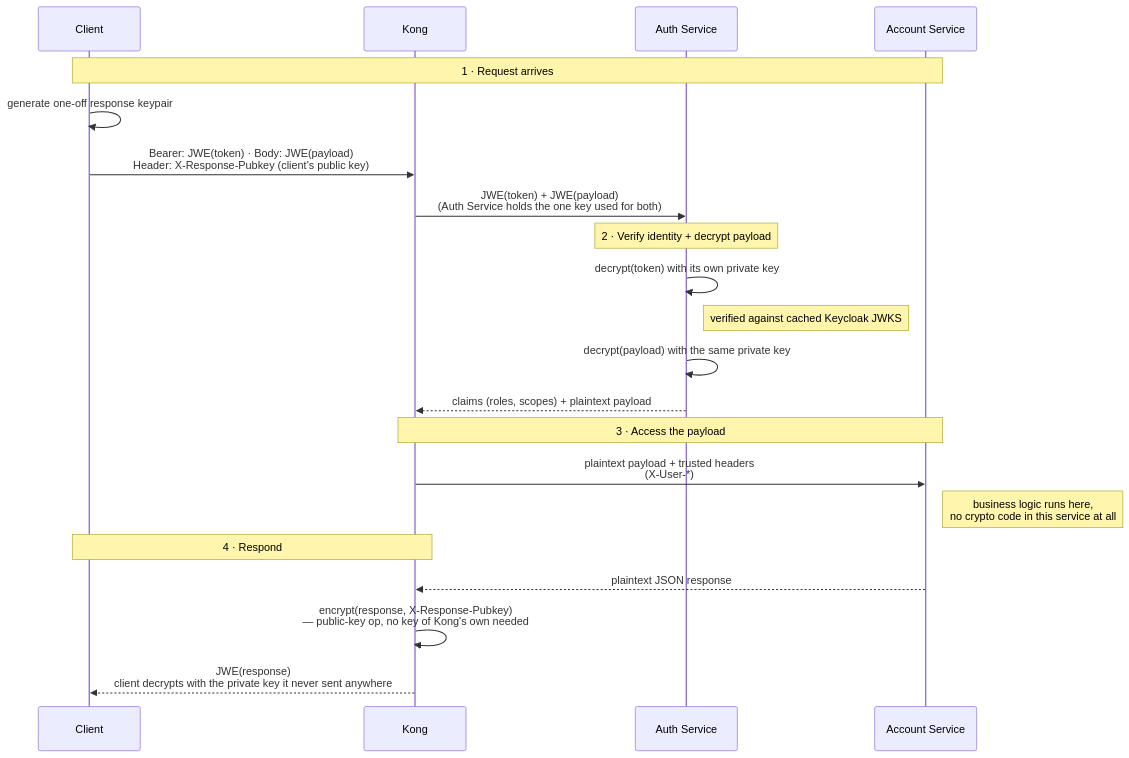
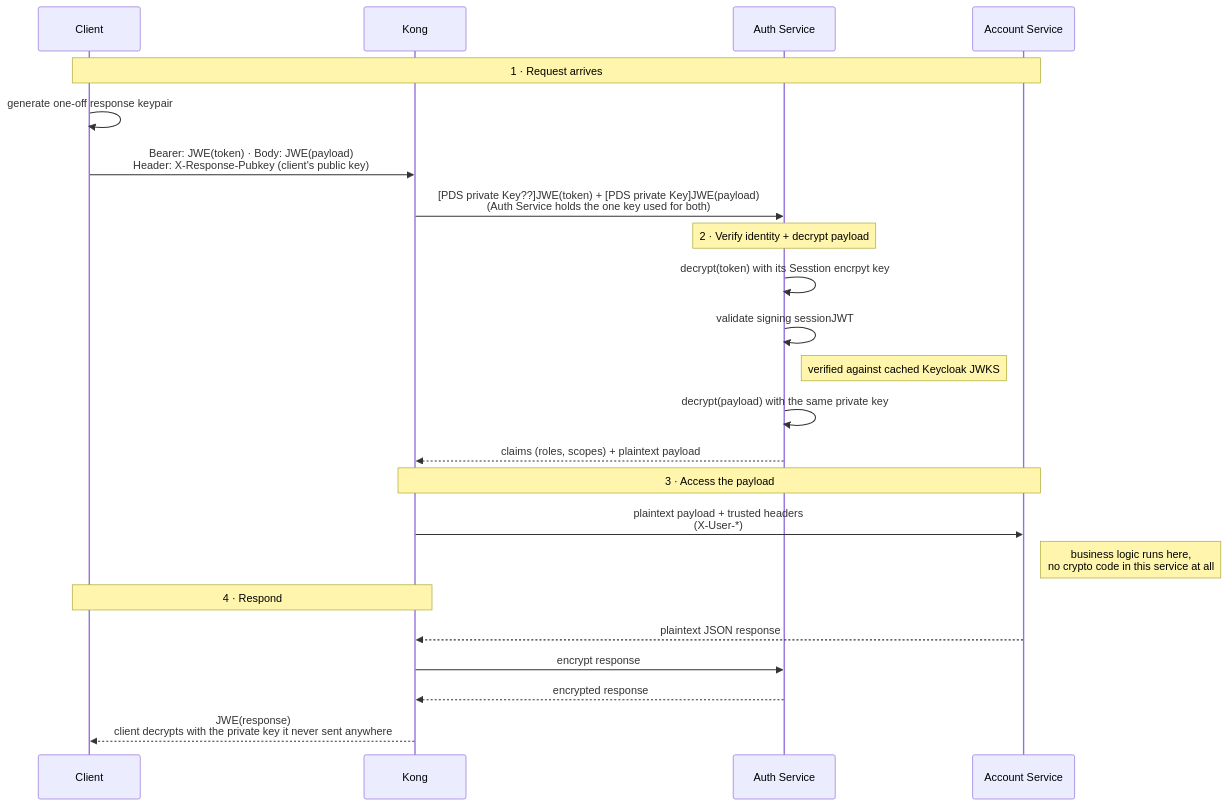
Before and after one commit to PinThapanawat/kong-custom-auth-poc: the second of 2 diagrams in docs/encryption-workflow.md, drawn with Mermaid.

Commit message:
update flow

````diff
--- a/docs/encryption-workflow.md
+++ b/docs/encryption-workflow.md
@@ -56,27 +56,29 @@
 ```mermaid
 sequenceDiagram
     participant Client
     participant Kong
     participant AuthService as Auth Service
     participant AccountService as Account Service
 
     Note over Client,AccountService: 1 · Request arrives
     Client->>Client: generate one-off response keypair
     Client->>Kong: Bearer: JWE(token) · Body: JWE(payload)<br/>Header: X-Response-Pubkey (client's public key)
-    Kong->>AuthService: JWE(token) + JWE(payload)<br/>(Auth Service holds the one key used for both)
+    Kong->>AuthService: [PDS private Key??]JWE(token) + [PDS private Key]JWE(payload)<br/>(Auth Service holds the one key used for both)
 
     Note over AuthService: 2 · Verify identity + decrypt payload
-    AuthService->>AuthService: decrypt(token) with its own private key
+    AuthService->>AuthService: decrypt(token) with its Sesstion encrpyt key
+    AuthService->>AuthService: validate signing sessionJWT 
     Note right of AuthService: verified against cached Keycloak JWKS
     AuthService->>AuthService: decrypt(payload) with the same private key
     AuthService-->>Kong: claims (roles, scopes) + plaintext payload
 
     Note over Kong,AccountService: 3 · Access the payload
     Kong->>AccountService: plaintext payload + trusted headers<br/>(X-User-*)
     Note right of AccountService: business logic runs here,<br/>no crypto code in this service at all
 
     Note over Kong,Client: 4 · Respond
     AccountService-->>Kong: plaintext JSON response
-    Kong->>Kong: encrypt(response, X-Response-Pubkey)<br/>— public-key op, no key of Kong's own needed
+    Kong->>AuthService: encrypt response 
+    AuthService-->>Kong: encrypted response 
     Kong-->>Client: JWE(response)<br/>client decrypts with the private key it never sent anywhere
 ```
````
